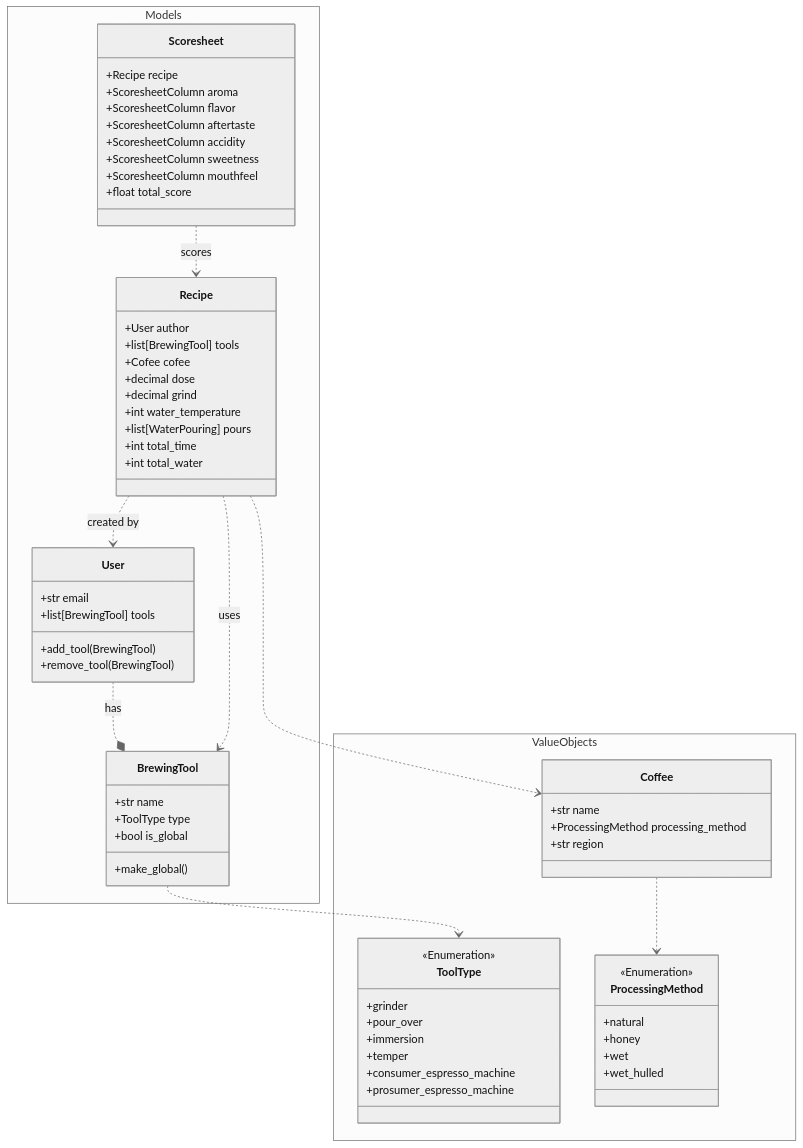
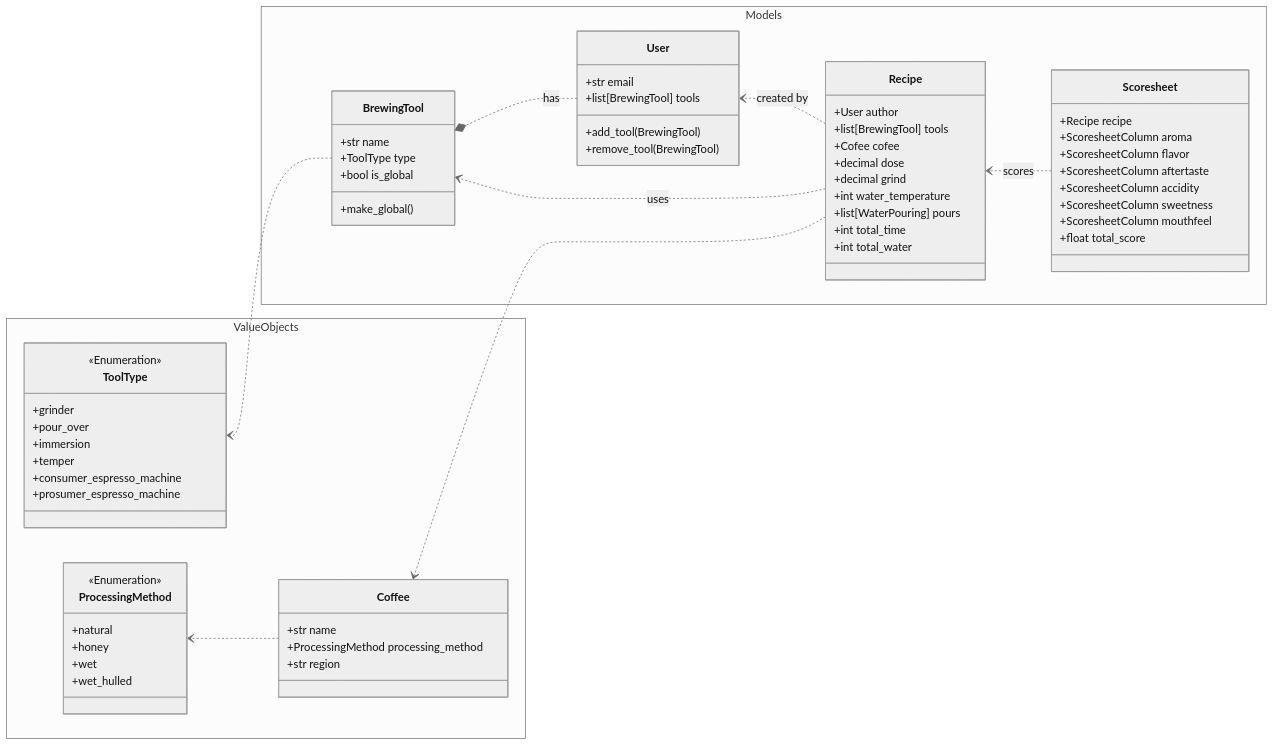
The diagram in docs/UML.md (BeaverNotACat/Coffeest), drawn with Mermaid (neutral theme) before and after one commit. The commit also changed 2 other files, not shown here.

Commit message:
📝 Make mermaid renderable

````diff
--- a/docs/UML.md
+++ b/docs/UML.md
@@ -5,76 +5,76 @@
 ```mermaid
 classDiagram
-
+direction RL
 namespace Models {
 	class User {
 		+str email
 		+list[BrewingTool] tools
 		+add_tool(BrewingTool)
 		+remove_tool(BrewingTool)
 	}
 
 	class BrewingTool {
 		+str name
 		+ToolType type
 		+bool is_global
 		+make_global()
 	}
 
 	class Recipe {
 		+User author
 		+list[BrewingTool] tools
 		+Cofee cofee
 		+decimal dose
 		+decimal grind
 		+int water_temperature
 		+list[WaterPouring] pours
 		+int total_time
 		+int total_water
 	}
 
 	class Scoresheet {
 		+Recipe recipe
 		+ScoresheetColumn aroma
 		+ScoresheetColumn flavor
 		+ScoresheetColumn aftertaste
 		+ScoresheetColumn accidity
 		+ScoresheetColumn sweetness
 		+ScoresheetColumn mouthfeel
 		+float total_score
 	}
 }
 
 namespace ValueObjects {
 	class ToolType {
 		<<Enumeration>>
 		+grinder
 		+pour_over
 		+immersion
 		+temper
 		+consumer_espresso_machine
 		+prosumer_espresso_machine
 	}
 	
 	class Coffee {
 		+str name
 		+ProcessingMethod processing_method
 		+str region
 	}
 	
 	class ProcessingMethod {
 		<<Enumeration>>
 		+natural
 		+honey
 		+wet
 		+wet_hulled
 	}
 }
 
 User ..* BrewingTool : has
 Recipe ..> User : created by
 Recipe ..> BrewingTool : uses
 Scoresheet ..> Recipe : scores
 Recipe ..> Coffee
 BrewingTool ..> ToolType
 Coffee ..> ProcessingMethod
 ```
````
